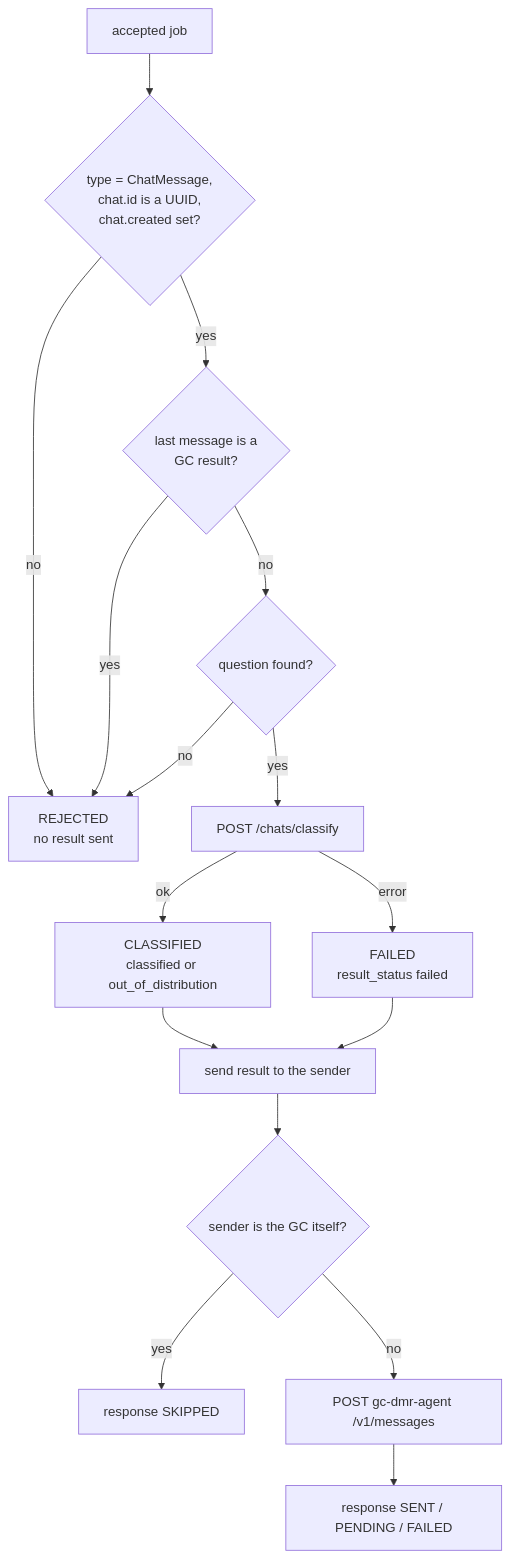
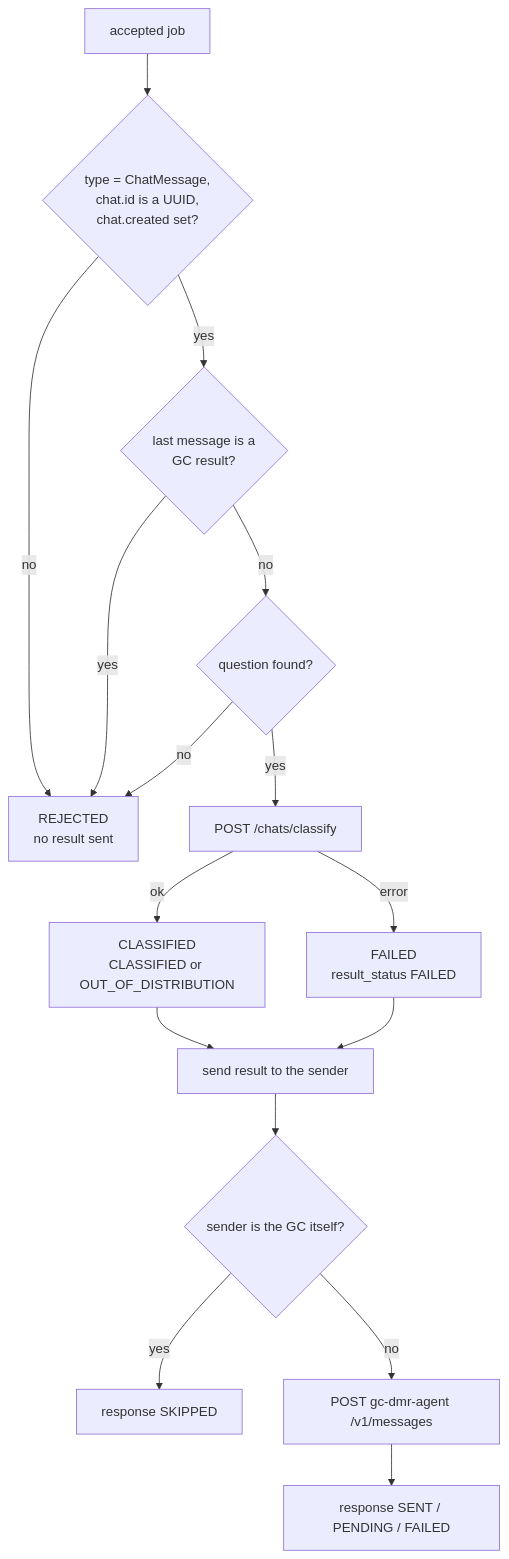
Before and after one commit to rootcodelabs/Global-Classifier: the second of 2 diagrams in src/dmr_incoming_service/Readme.md, drawn with Mermaid. The commit also changed other lines of this file and 20 other files, not shown here.

````diff
--- a/src/dmr_incoming_service/Readme.md
+++ b/src/dmr_incoming_service/Readme.md
@@ -158,18 +170,18 @@
 ```mermaid
 flowchart TD
     A[accepted job] --> B{type = ChatMessage,<br>chat.id is a UUID,<br>chat.created set?}
     B -- no --> R[REJECTED<br>no result sent]
     B -- yes --> C{last message is a<br>GC result?}
     C -- yes --> R
     C -- no --> D{question found?}
     D -- no --> R
     D -- yes --> E[POST /chats/classify]
-    E -- ok --> F[CLASSIFIED<br>classified or out_of_distribution]
-    E -- error --> G[FAILED<br>result_status failed]
+    E -- ok --> F[CLASSIFIED<br>CLASSIFIED or OUT_OF_DISTRIBUTION]
+    E -- error --> G[FAILED<br>result_status FAILED]
     F --> H[send result to the sender]
     G --> H
     H --> I{sender is the GC itself?}
     I -- yes --> S1[response SKIPPED]
     I -- no --> J[POST gc-dmr-agent /v1/messages]
     J --> K[response SENT / PENDING / FAILED]
 ```
````
